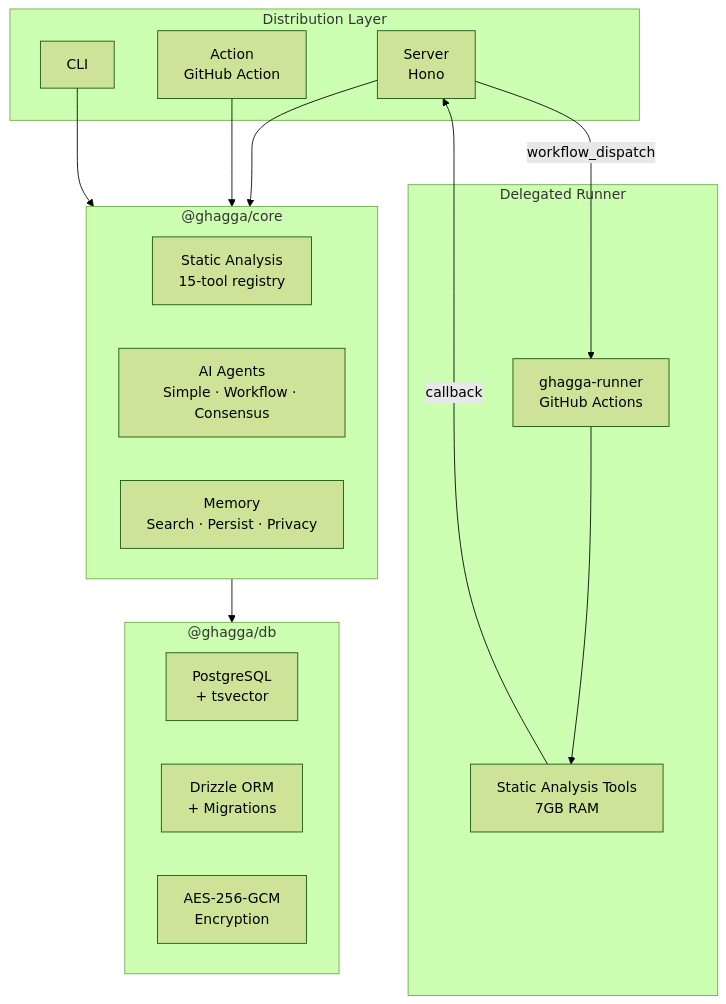
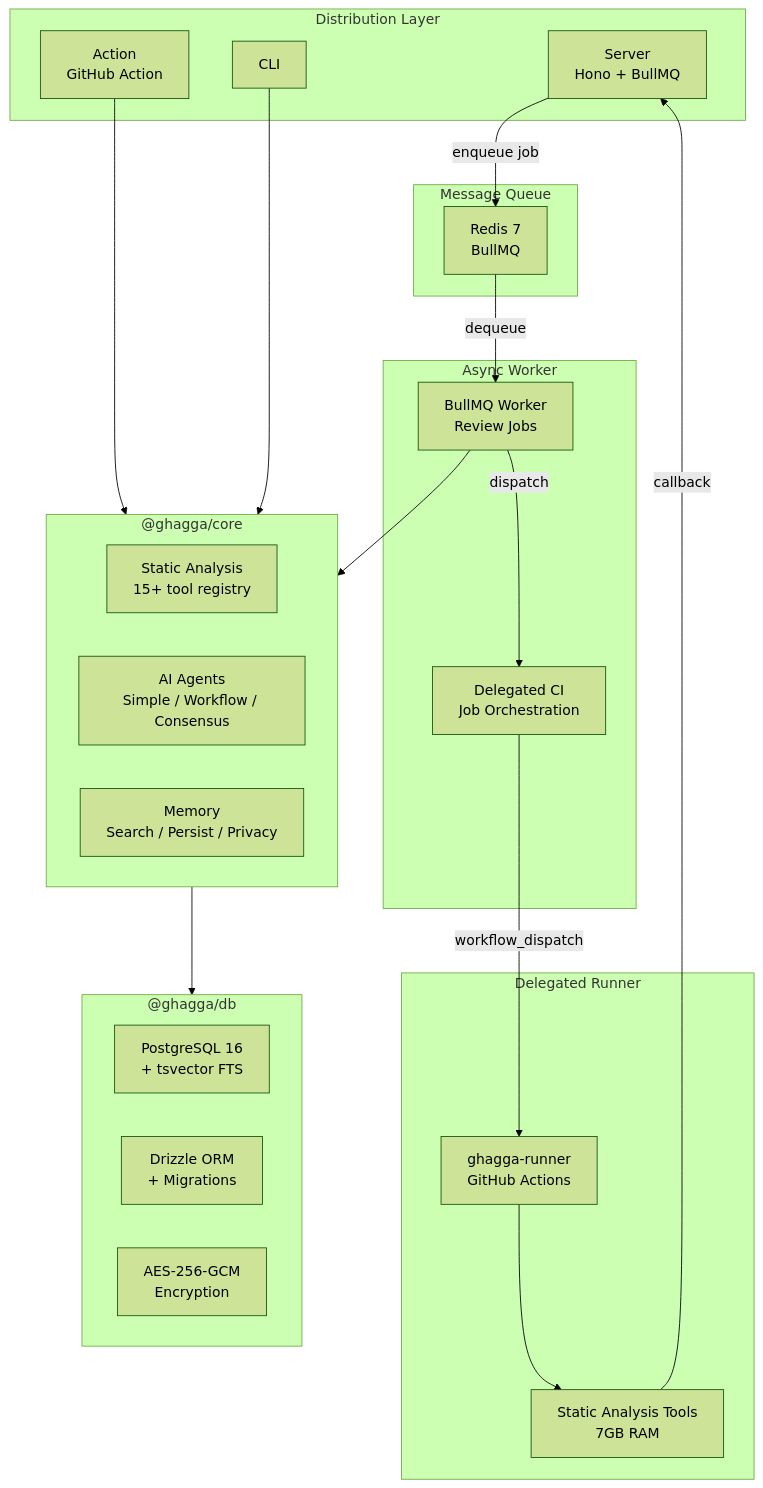
The first of 5 diagrams in README.md (JNZader/ghagga), drawn with Mermaid (forest theme) before and after one commit. The commit also changed other lines of this file and 26 other files, not shown here.

````diff
--- a/README.md
+++ b/README.md
@@ -250,34 +255,46 @@
 ```mermaid
 graph TB
   subgraph Distribution["Distribution Layer"]
-    Server["Server<br/>Hono"]
+    Server["Server<br/>Hono + BullMQ"]
     Action["Action<br/>GitHub Action"]
     CLI["CLI"]
+  end
+
+  subgraph Worker["Async Worker"]
+    BullMQ["BullMQ Worker<br/>Review Jobs"]
+    DelegatedCI["Delegated CI<br/>Job Orchestration"]
   end
 
   subgraph Runner["Delegated Runner"]
     RunnerRepo["ghagga-runner<br/>GitHub Actions"]
     RunnerTools["Static Analysis Tools<br/>7GB RAM"]
   end
 
   subgraph Core["@ghagga/core"]
-    SA["Static Analysis<br/>15-tool registry"]
-    Agents["AI Agents<br/>Simple · Workflow · Consensus"]
-    Memory["Memory<br/>Search · Persist · Privacy"]
+    SA["Static Analysis<br/>15+ tool registry"]
+    Agents["AI Agents<br/>Simple / Workflow / Consensus"]
+    Memory["Memory<br/>Search / Persist / Privacy"]
   end
 
   subgraph DB["@ghagga/db"]
-    PG["PostgreSQL<br/>+ tsvector"]
+    PG["PostgreSQL 16<br/>+ tsvector FTS"]
     Drizzle["Drizzle ORM<br/>+ Migrations"]
     Crypto["AES-256-GCM<br/>Encryption"]
   end
 
-  Server -- "workflow_dispatch" --> RunnerRepo
+  subgraph Queue["Message Queue"]
+    Redis["Redis 7<br/>BullMQ"]
+  end
+
+  Server -- "enqueue job" --> Redis
+  Redis -- "dequeue" --> BullMQ
+  BullMQ --> Core
+  BullMQ -- "dispatch" --> DelegatedCI
+  DelegatedCI -- "workflow_dispatch" --> RunnerRepo
   RunnerRepo --> RunnerTools
   RunnerTools -- "callback" --> Server
 
-  Server --> Core
   Action --> Core
   CLI --> Core
   Core --> DB
 ```
````
